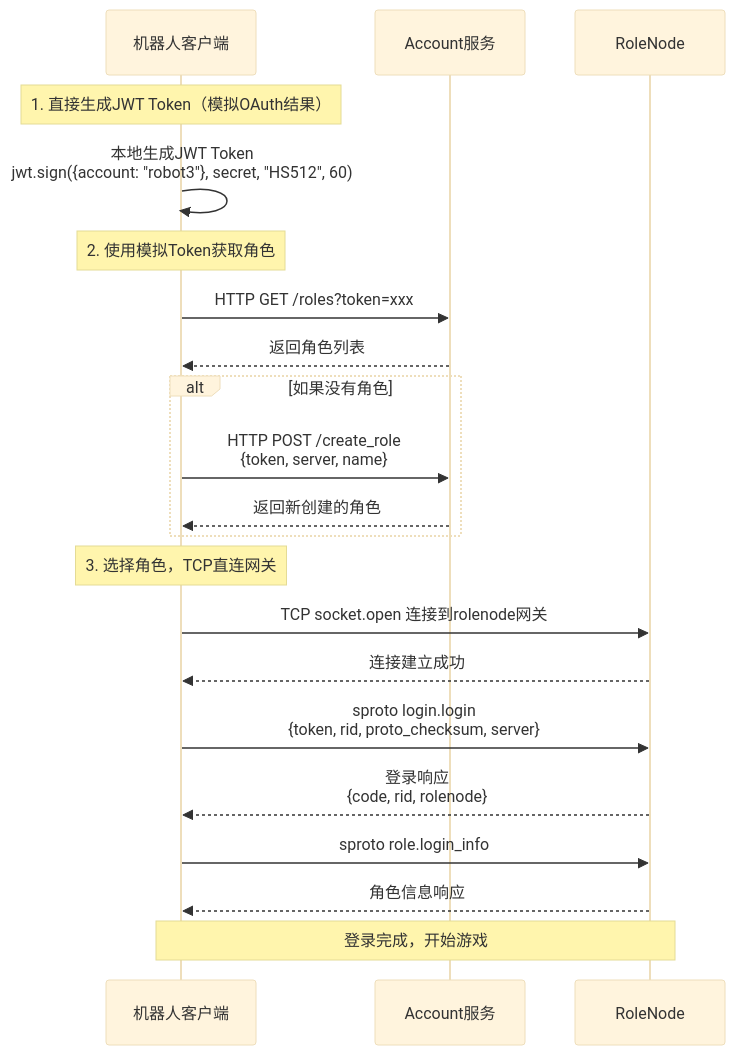
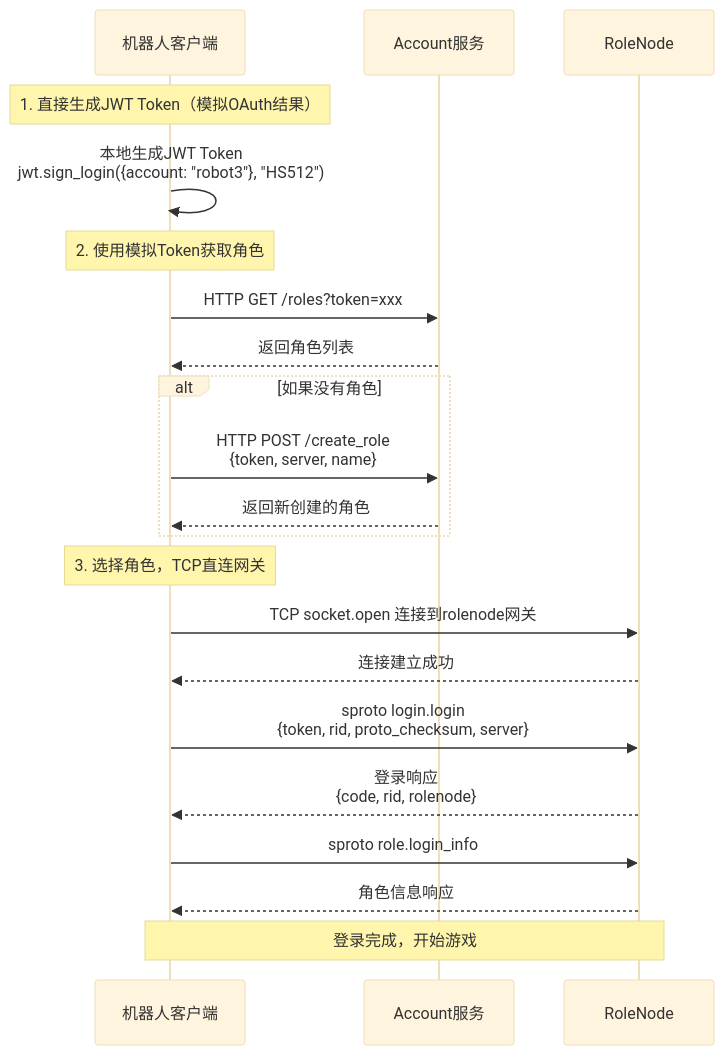
Before and after one commit to hanxi/skyext: the sixth of 6 diagrams in docs/guide/login_diagram.md, drawn with Mermaid (base theme). The commit also changed other lines of this file and 8 other files, not shown here.

First line of the commit message:
feat(jwt): 登录 token 补齐 iss/aud/exp 校验

````diff
--- a/docs/guide/login_diagram.md
+++ b/docs/guide/login_diagram.md
@@ -200,30 +200,30 @@
 ```mermaid
 sequenceDiagram
     participant RC as 机器人客户端
     participant A as Account服务
     participant R as RoleNode
 
     Note over RC: 1. 直接生成JWT Token（模拟OAuth结果）
-    RC->>RC: 本地生成JWT Token<br/>jwt.sign({account: "robot3"}, secret, "HS512", 60)
+    RC->>RC: 本地生成JWT Token<br/>jwt.sign_login({account: "robot3"}, "HS512")
 
     Note over RC: 2. 使用模拟Token获取角色
     RC->>A: HTTP GET /roles?token=xxx
     A-->>RC: 返回角色列表
 
     alt 如果没有角色
         RC->>A: HTTP POST /create_role<br/>{token, server, name}
         A-->>RC: 返回新创建的角色
     end
 
     Note over RC: 3. 选择角色，TCP直连网关
     RC->>R: TCP socket.open 连接到rolenode网关
     R-->>RC: 连接建立成功
 
     RC->>R: sproto login.login<br/>{token, rid, proto_checksum, server}
     R-->>RC: 登录响应<br/>{code, rid, rolenode}
 
     RC->>R: sproto role.login_info
     R-->>RC: 角色信息响应
 
     Note over RC,R: 登录完成，开始游戏
 ```
````
